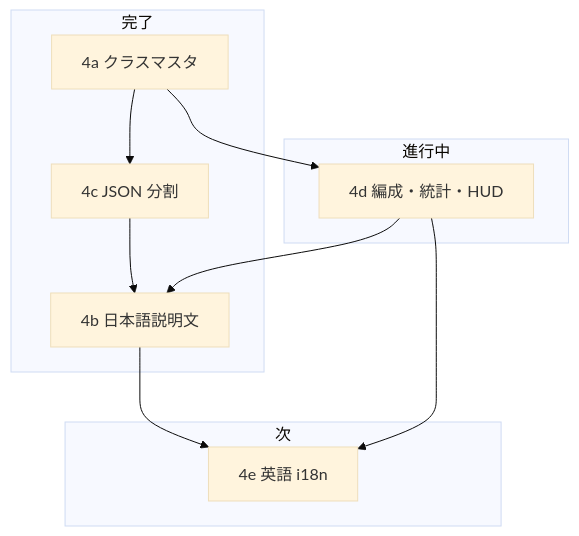
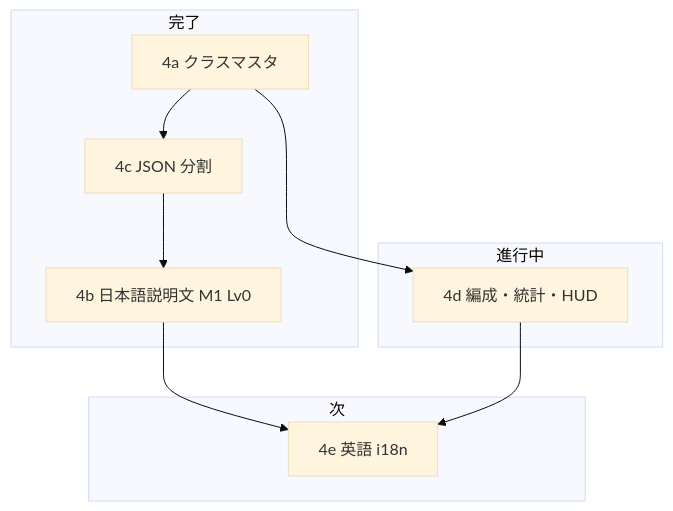
One commit to sucRo0629/auto-battle-idle changed the diagram in docs/plans/phase-4-roadmap.md. Above: the diagram before and after it, drawn with Mermaid (base theme). The commit also changed other lines of this file and 5 other files, not shown here.

````diff
--- a/docs/plans/phase-4-roadmap.md
+++ b/docs/plans/phase-4-roadmap.md
@@ -41,20 +56,19 @@
 ```mermaid
 flowchart TD
   subgraph done [完了]
     A4a[4a クラスマスタ]
     A4c[4c JSON 分割]
-    B4b[4b 日本語説明文]
+    B4b[4b 日本語説明文 M1 Lv0]
   end
   subgraph wip [進行中]
     B4d[4d 編成・統計・HUD]
   end
   subgraph next [次]
     E4e[4e 英語 i18n]
   end
   A4a --> A4c
   A4a --> B4d
   A4c --> B4b
-  B4d --> B4b
   B4b --> E4e
   B4d --> E4e
 ```
````
